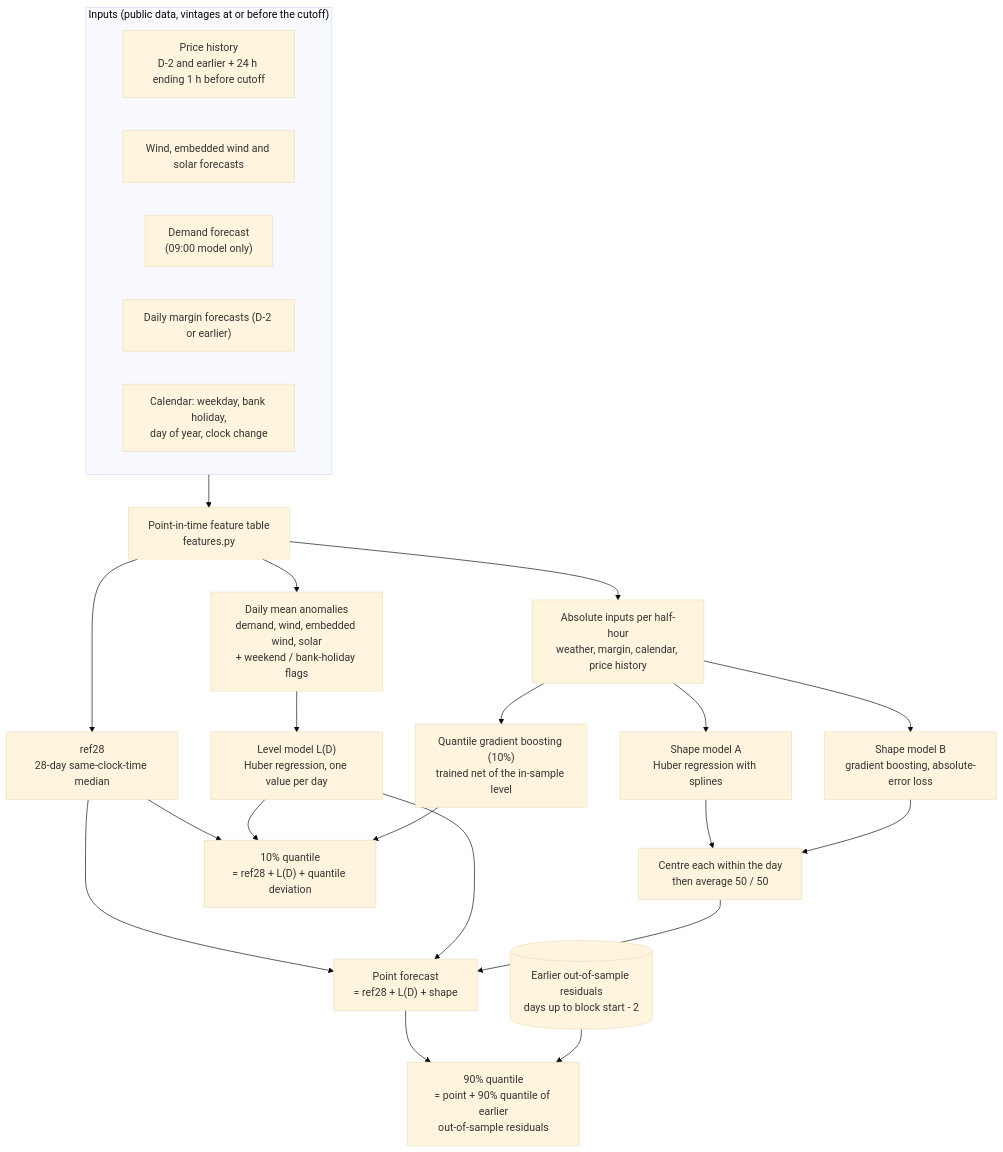
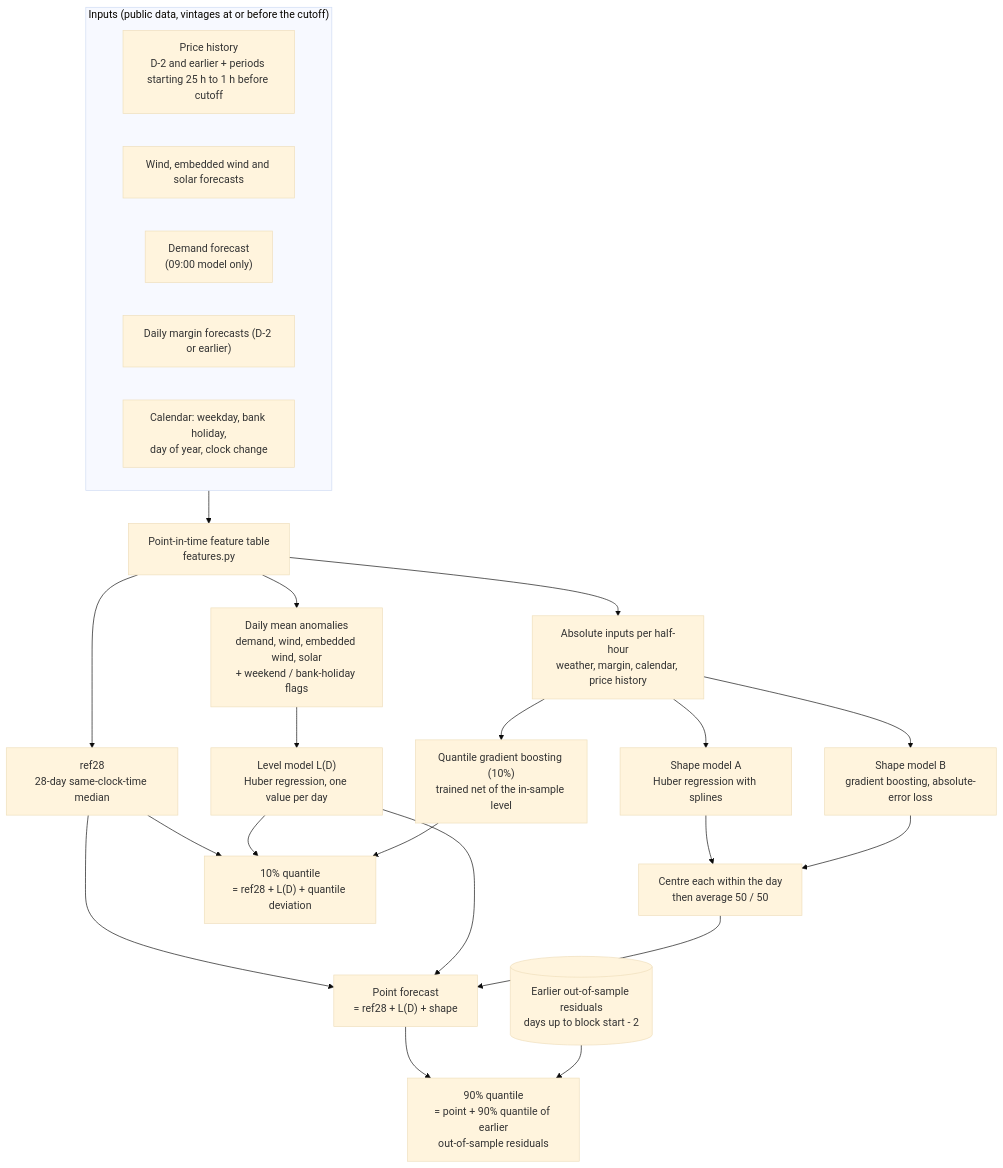
One commit to jackcamerontaylor/system_imbalance_price_forecaster changed the diagram in README.md. Above: the diagram before and after it, drawn with Mermaid (base theme). The commit also changed other lines of this file and 30 other files, not shown here.

````diff
--- a/README.md
+++ b/README.md
@@ -103,35 +115,35 @@
 ```mermaid
 flowchart TD
     subgraph IN["Inputs (public data, vintages at or before the cutoff)"]
-        P["Price history<br/>D-2 and earlier + 24 h ending 1 h before cutoff"]
+        P["Price history<br/>D-2 and earlier + periods starting 25 h to 1 h before cutoff"]
         W["Wind, embedded wind and solar forecasts"]
         Dm["Demand forecast<br/>(09:00 model only)"]
         M["Daily margin forecasts (D-2 or earlier)"]
         C["Calendar: weekday, bank holiday,<br/>day of year, clock change"]
     end
 
     IN --> FE["Point-in-time feature table<br/>features.py"]
 
     FE --> REF["ref28<br/>28-day same-clock-time median"]
     FE --> ANOM["Daily mean anomalies<br/>demand, wind, embedded wind, solar<br/>+ weekend / bank-holiday flags"]
     FE --> ABS["Absolute inputs per half-hour<br/>weather, margin, calendar, price history"]
 
     ANOM --> LVL["Level model L(D)<br/>Huber regression, one value per day"]
     ABS --> HUB["Shape model A<br/>Huber regression with splines"]
     ABS --> GBM["Shape model B<br/>gradient boosting, absolute-error loss"]
     ABS --> QG["Quantile gradient boosting (10%)<br/>trained net of the in-sample level"]
 
     HUB --> CEN["Centre each within the day<br/>then average 50 / 50"]
     GBM --> CEN
 
     REF --> PT
     LVL --> PT
     CEN --> PT["Point forecast<br/>= ref28 + L(D) + shape"]
 
     REF --> Q10
     LVL --> Q10
     QG --> Q10["10% quantile<br/>= ref28 + L(D) + quantile deviation"]
 
     PT --> Q90["90% quantile<br/>= point + 90% quantile of earlier<br/>out-of-sample residuals"]
     RES[("Earlier out-of-sample residuals<br/>days up to block start - 2")] --> Q90
 ```
````
